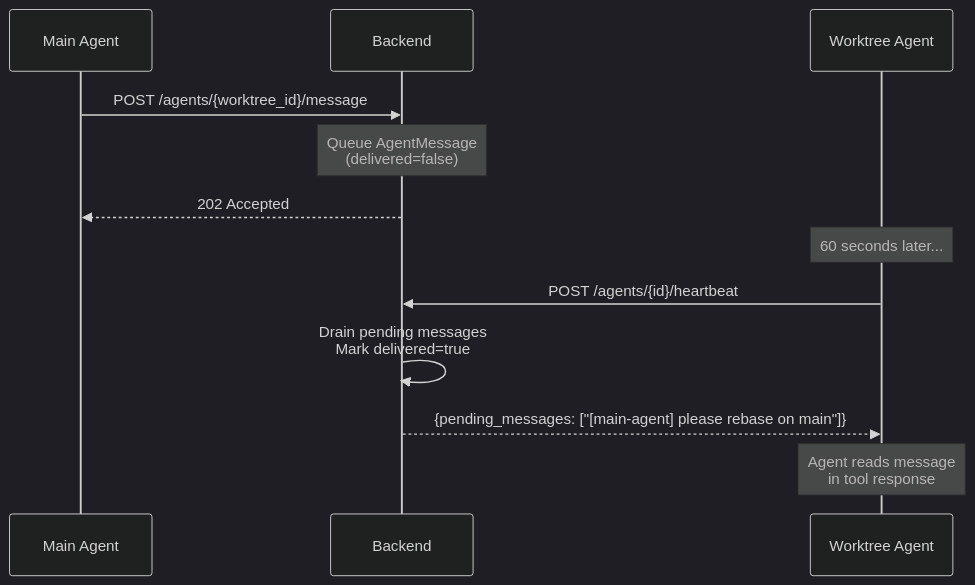
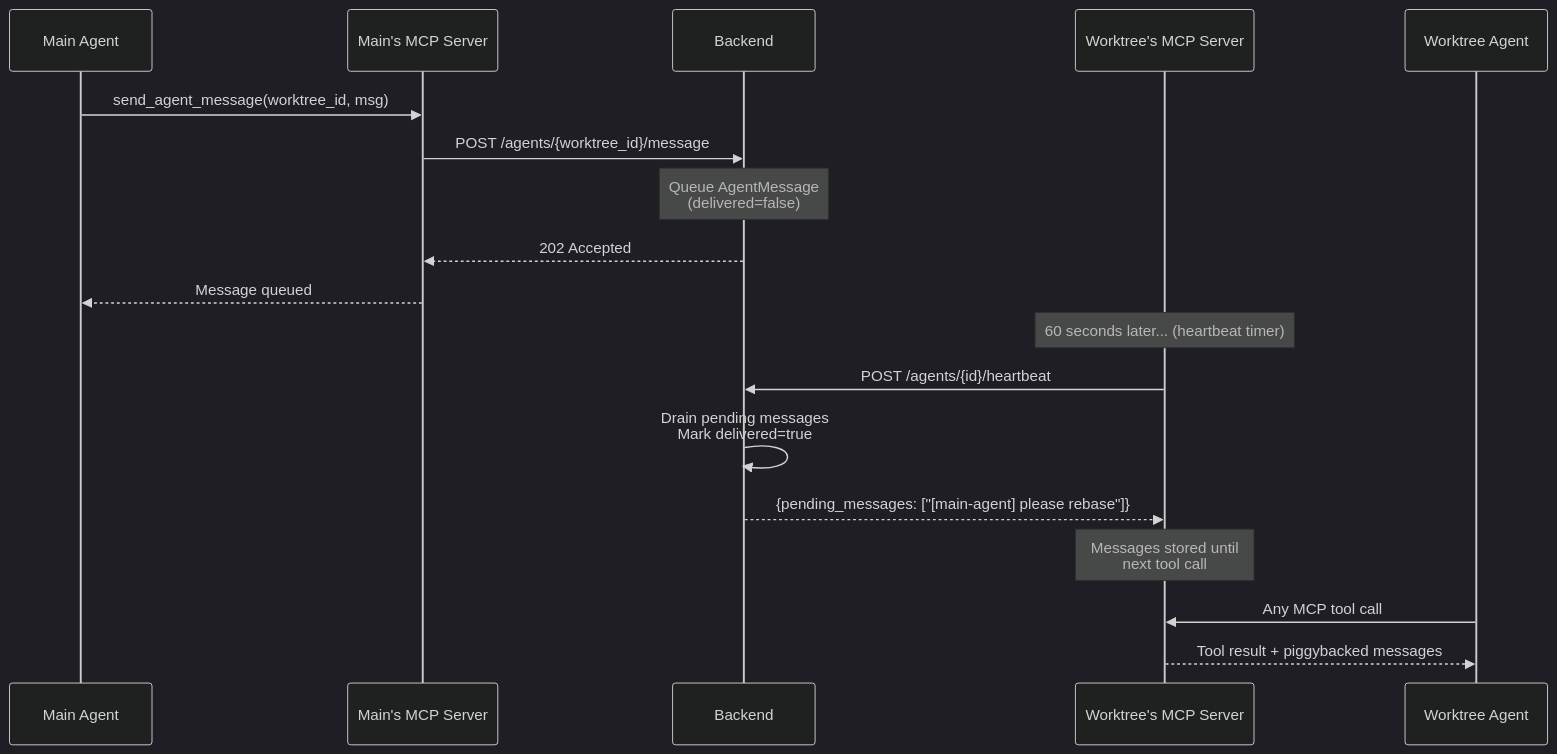
The ninth of 13 diagrams in docs/design.md (sachinkundu/cloglog), drawn with Mermaid (dark theme) before and after one commit.

Commit message:
docs: fix messaging diagram to show MCP layer, not raw HTTP
The sequence diagram now correctly shows agents using MCP tools
(send_agent_message) rather than direct POST requests, consistent
with the document's own explanation that agents go through MCP.

````diff
--- a/docs/design.md
+++ b/docs/design.md
@@ -428,18 +428,24 @@
 ```mermaid
 sequenceDiagram
     participant Main as Main Agent
+    participant M1 as Main's MCP Server
     participant B as Backend
+    participant M2 as Worktree's MCP Server
     participant W as Worktree Agent
 
-    Main->>B: POST /agents/{worktree_id}/message
+    Main->>M1: send_agent_message(worktree_id, msg)
+    M1->>B: POST /agents/{worktree_id}/message
     Note over B: Queue AgentMessage<br/>(delivered=false)
-    B-->>Main: 202 Accepted
+    B-->>M1: 202 Accepted
+    M1-->>Main: Message queued
 
-    Note over W: 60 seconds later...
+    Note over M2: 60 seconds later... (heartbeat timer)
 
-    W->>B: POST /agents/{id}/heartbeat
+    M2->>B: POST /agents/{id}/heartbeat
     B->>B: Drain pending messages<br/>Mark delivered=true
-    B-->>W: {pending_messages: ["[main-agent] please rebase on main"]}
+    B-->>M2: {pending_messages: ["[main-agent] please rebase"]}
+    Note over M2: Messages stored until<br/>next tool call
 
-    Note over W: Agent reads message<br/>in tool response
+    W->>M2: Any MCP tool call
+    M2-->>W: Tool result + piggybacked messages
 ```
````
